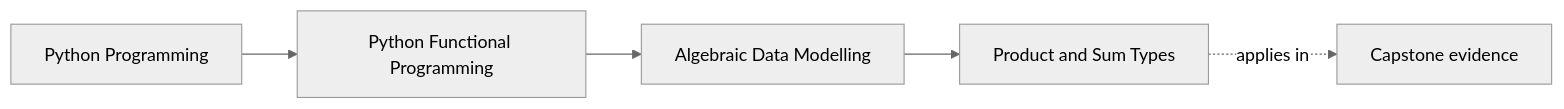
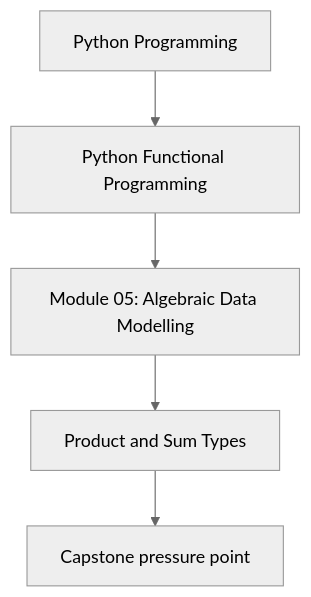
The first of 2 diagrams in programs/python-programming/python-functional-programming/course-book/module-05-algebraic-data-modelling/product-and-sum-types.md (bijux/bijux-masterclass), drawn with Mermaid (neutral theme) before and after one commit. The commit also changed other lines of this file and 118 other files, not shown here.

Commit message:
docs(python-functional-programming): align concept page diagrams

````diff
--- a/programs/python-programming/python-functional-programming/course-book/module-05-algebraic-data-modelling/product-and-sum-types.md
+++ b/programs/python-programming/python-functional-programming/course-book/module-05-algebraic-data-modelling/product-and-sum-types.md
@@ -7,11 +7,7 @@
 ```mermaid
-graph LR
-  family["Python Programming"]
-  program["Python Functional Programming"]
-  section["Algebraic Data Modelling"]
-  page["Product and Sum Types"]
-  capstone["Capstone evidence"]
-
-  family --> program --> section --> page
-  page -.applies in.-> capstone
+flowchart TD
+  family["Python Programming"] --> program["Python Functional Programming"]
+  program --> module["Module 05: Algebraic Data Modelling"]
+  module --> concept["Product and Sum Types"]
+  concept --> capstone["Capstone pressure point"]
 ```
````
